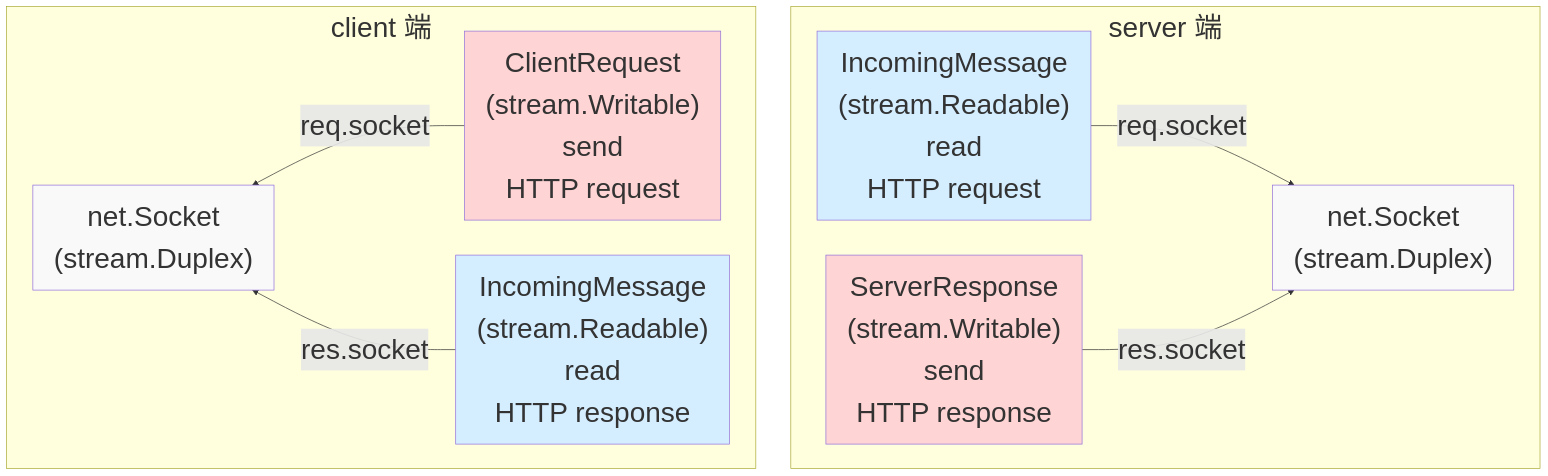
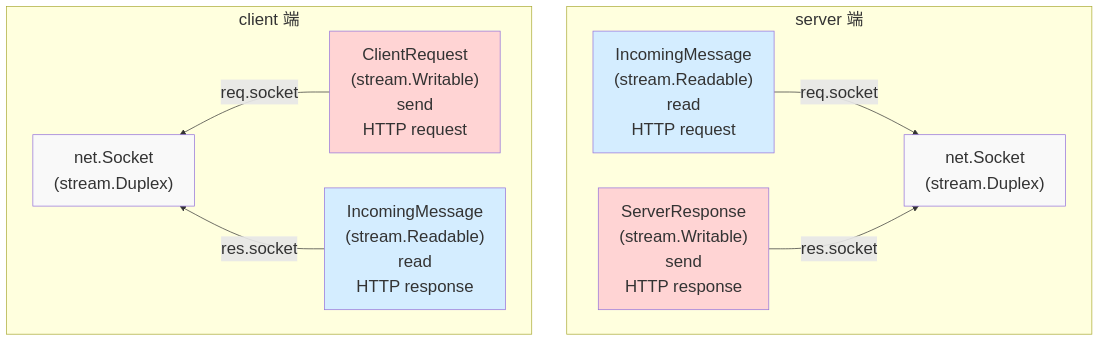
Before and after one commit to samuel871211/yusheng-tech-blog: the third of 5 diagrams in docs/nodejs/stream-overview.md, drawn with Mermaid. The commit also changed 2 other files, not shown here.

Commit message:
http-destroy

````diff
--- a/docs/nodejs/stream-overview.md
+++ b/docs/nodejs/stream-overview.md
@@ -51,30 +51,30 @@
 ```mermaid
-%%{init: {"themeVariables": {"fontSize": "40px"}}}%%
+%%{init: {"themeVariables": {"fontSize": "24px"}}}%%
 graph
     subgraph Server["server 端"]
         SSocket["net.Socket<br/>(stream.Duplex)"]
         SReq["IncomingMessage<br/>(stream.Readable)<br/>read<br/>HTTP request"]
         SRes["ServerResponse<br/>(stream.Writable)<br/>send<br/>HTTP response"]
 
         SReq -->|req.socket| SSocket
         SRes -->|res.socket| SSocket
     end
 
     subgraph Client["client 端"]
         direction RL
         CSocket["net.Socket<br/>(stream.Duplex)"]
         CReq["ClientRequest<br/>(stream.Writable)<br/>send<br/>HTTP request"]
         CRes["IncomingMessage<br/>(stream.Readable)<br/>read<br/>HTTP response"]
 
         CReq -->|req.socket| CSocket
         CRes -->|res.socket| CSocket
     end
 
     style CSocket fill:#f9f9f9
     style CReq fill:#ffd4d4
     style CRes fill:#d4edff
 
     style SSocket fill:#f9f9f9
     style SReq fill:#d4edff
     style SRes fill:#ffd4d4
 ```
````
